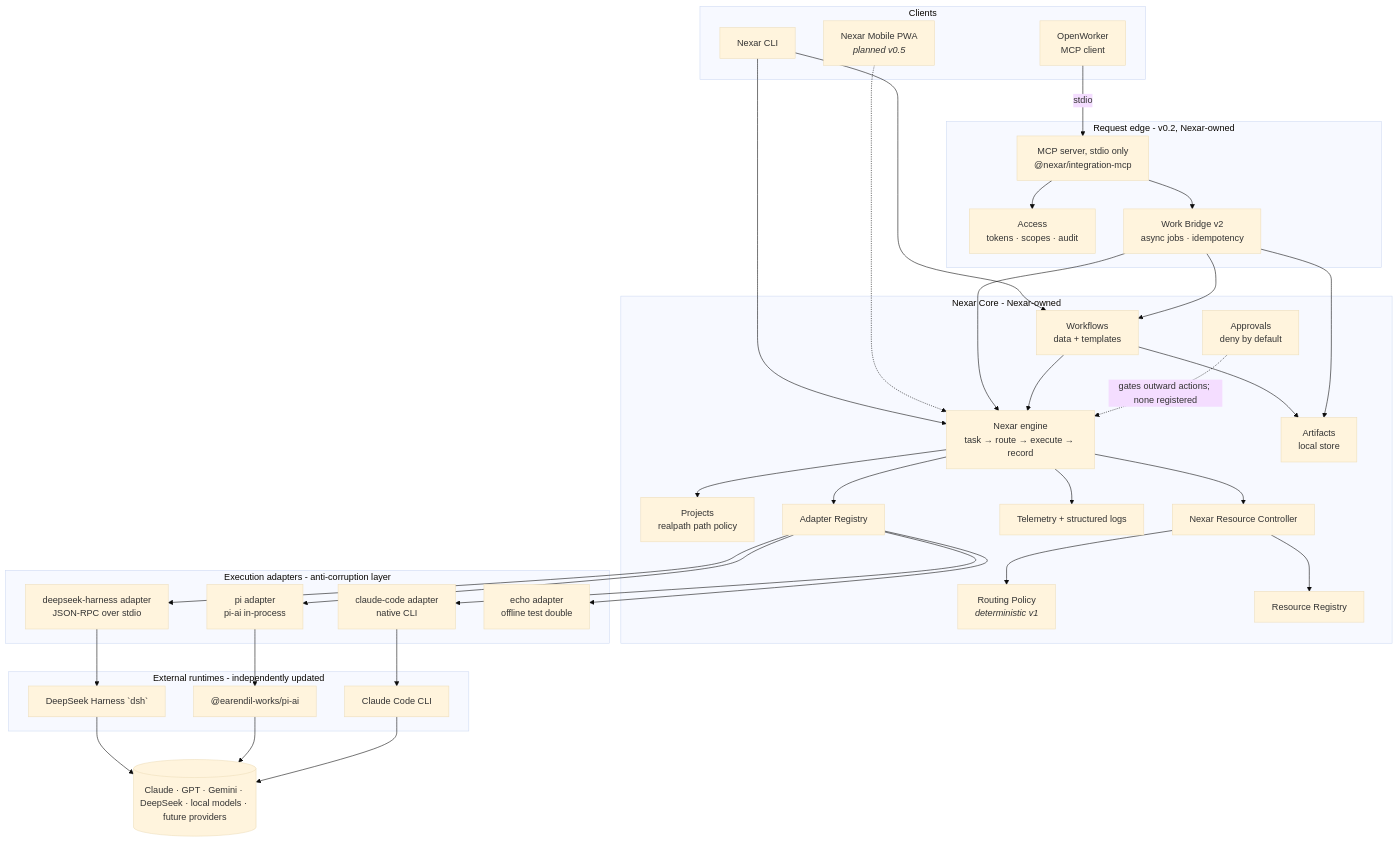
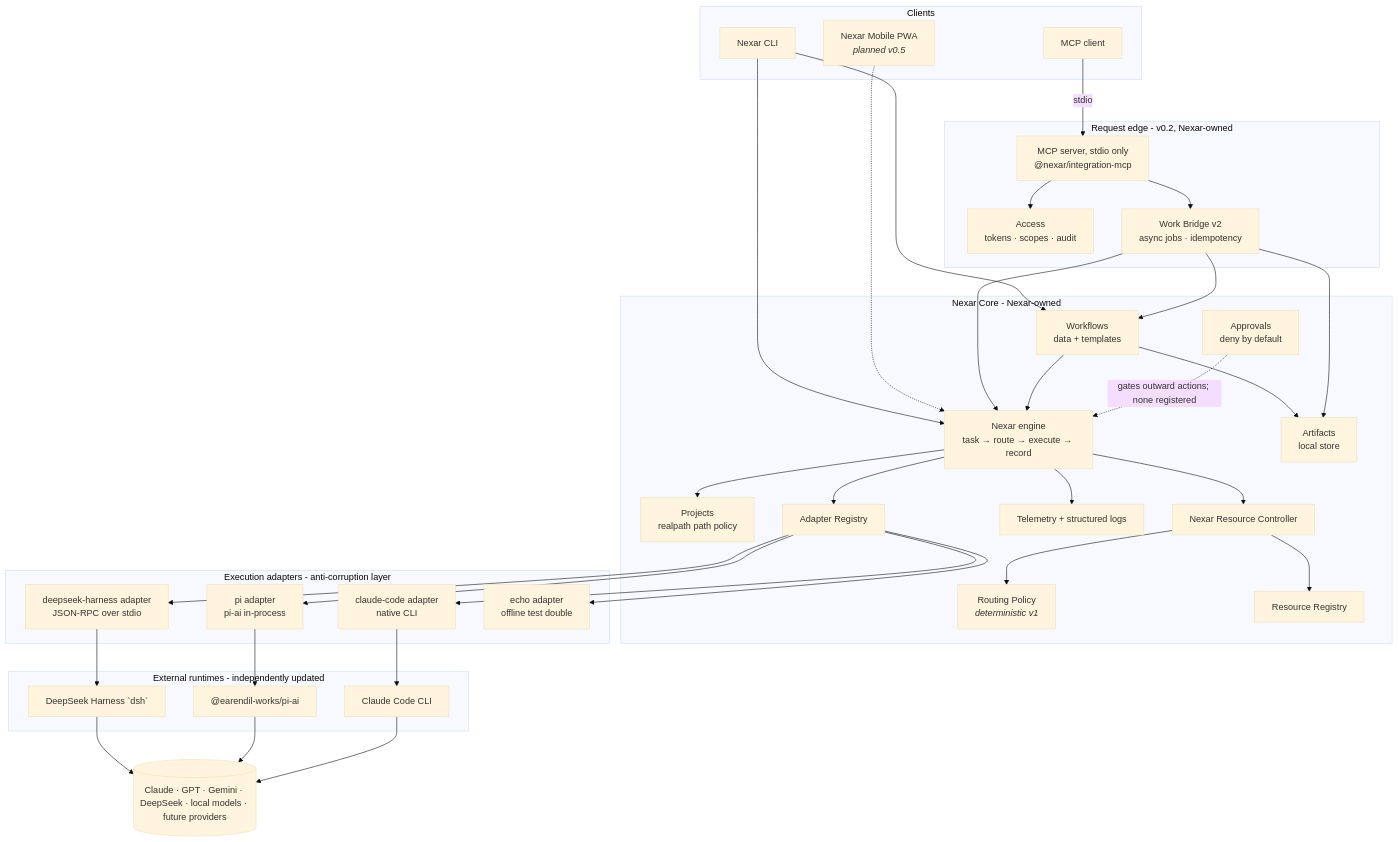
Before and after one commit to mohmedhat797/Nexar-Ai: the first of 8 diagrams in docs/architecture/overview.md, drawn with Mermaid (base theme). The commit also changed other lines of this file and 91 other files, not shown here.

First line of the commit message:
refactor: remove OpenWorker from every execution path (UDSH-06)

````diff
--- a/docs/architecture/overview.md
+++ b/docs/architecture/overview.md
@@ -36,67 +36,67 @@
 ```mermaid
 flowchart TB
   subgraph Clients
     CLI[Nexar CLI]
     MOB[Nexar Mobile PWA<br/><i>planned v0.5</i>]
-    OWIN[OpenWorker<br/>MCP client]
+    OWIN[MCP client]
   end
 
   subgraph Edge[Request edge - v0.2, Nexar-owned]
     MCP[MCP server, stdio only<br/>@nexar/integration-mcp]
     ACC[Access<br/>tokens · scopes · audit]
     WB[Work Bridge v2<br/>async jobs · idempotency]
   end
 
   subgraph NexarCore[Nexar Core - Nexar-owned]
     ENG[Nexar engine<br/>task → route → execute → record]
     PRJ[Projects<br/>realpath path policy]
     WFL[Workflows<br/>data + templates]
     ART[Artifacts<br/>local store]
     APR[Approvals<br/>deny by default]
     NRC[Nexar Resource Controller]
     POL[Routing Policy<br/><i>deterministic v1</i>]
     REG[Resource Registry]
     TEL[Telemetry + structured logs]
     ADR_[Adapter Registry]
   end
 
   subgraph Adapters[Execution adapters - anti-corruption layer]
     A_DSH[deepseek-harness adapter<br/>JSON-RPC over stdio]
     A_PI[pi adapter<br/>pi-ai in-process]
     A_CC[claude-code adapter<br/>native CLI]
     A_ECHO[echo adapter<br/>offline test double]
   end
 
   subgraph Upstream[External runtimes - independently updated]
     DSH[DeepSeek Harness `dsh`]
     PIAI["@earendil-works/pi-ai"]
     CC[Claude Code CLI]
   end
 
   MODELS[(Claude · GPT · Gemini · DeepSeek · local models · future providers)]
 
   CLI --> WFL
   CLI --> ENG
   MOB -.-> ENG
   OWIN -- stdio --> MCP
   MCP --> ACC
   MCP --> WB
   WB --> WFL
   WB --> ENG
   WFL --> ENG
   WFL --> ART
   WB --> ART
   ENG --> PRJ
   ENG --> NRC --> POL
   NRC --> REG
   ENG --> ADR_
   ENG --> TEL
   APR -.->|gates outward actions; none registered| ENG
   ADR_ --> A_DSH & A_PI & A_CC & A_ECHO
   A_DSH --> DSH
   A_PI --> PIAI
   A_CC --> CC
   DSH --> MODELS
   PIAI --> MODELS
   CC --> MODELS
 ```
````
